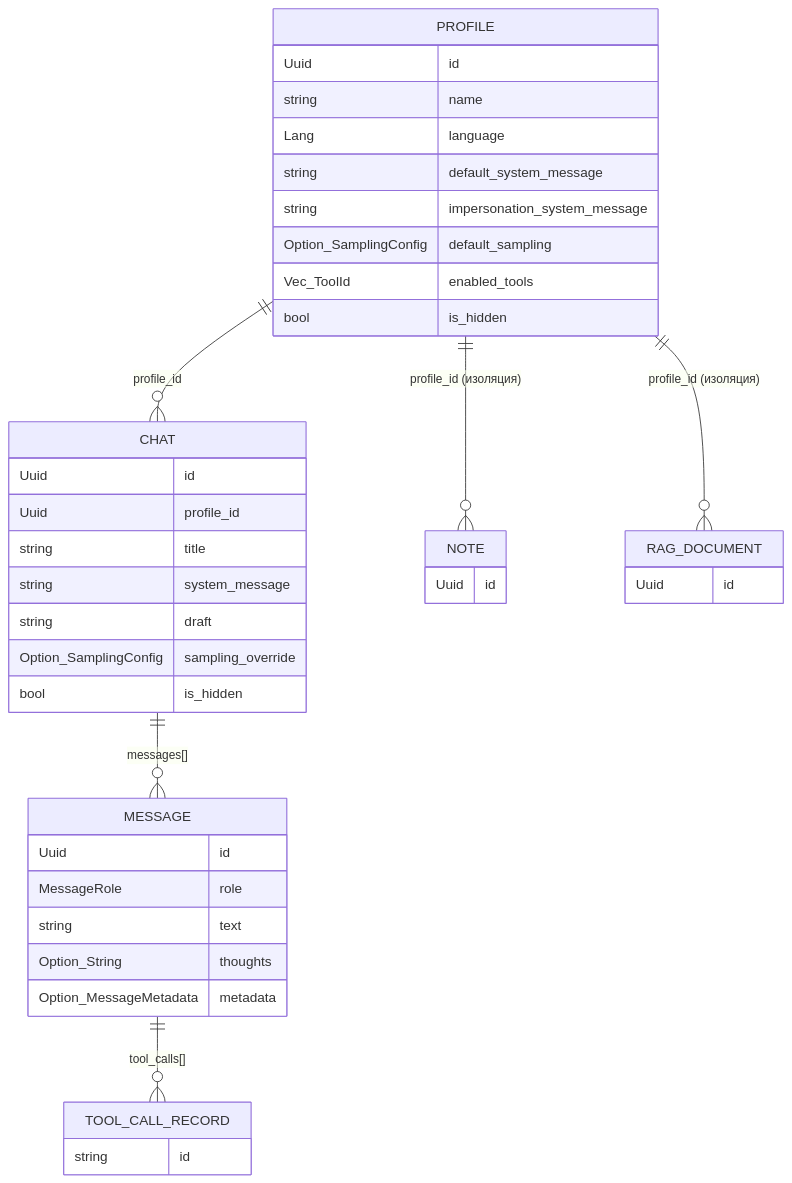
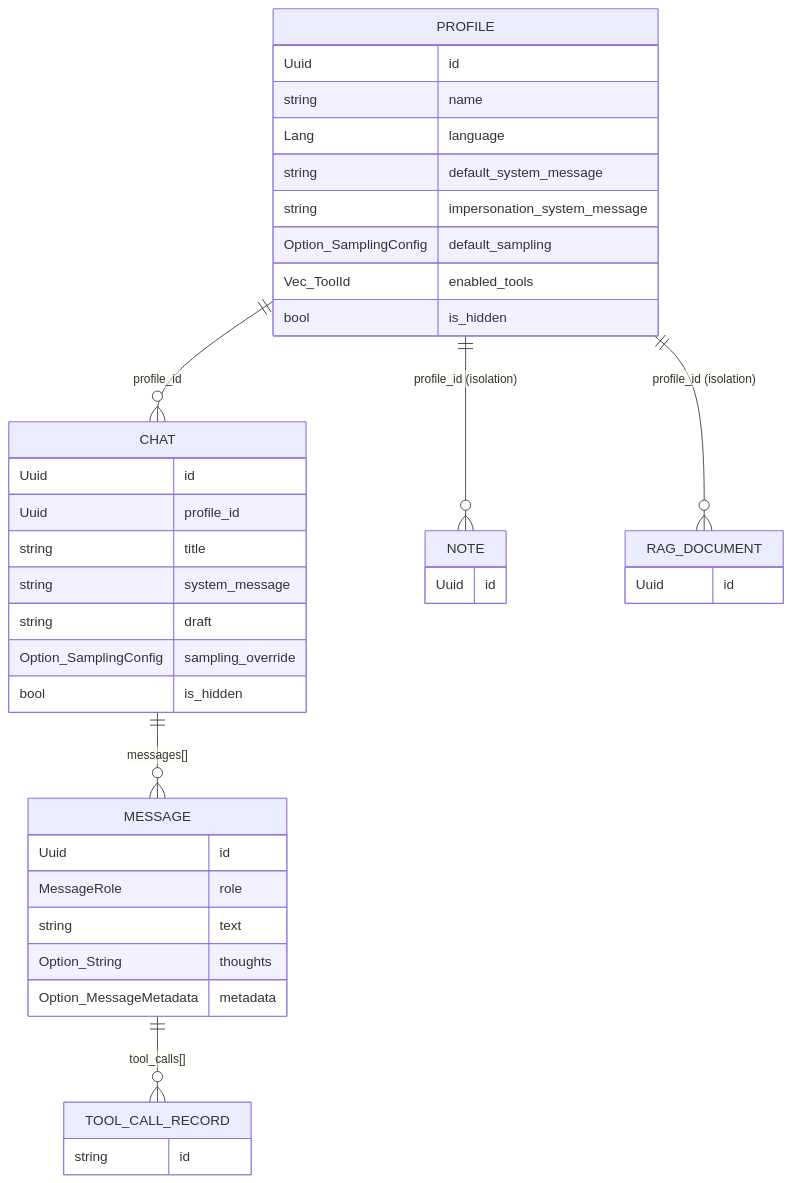
Before and after one commit to vshylov/mindfork-rs: the eighth of 17 diagrams in docs/architecture.md, drawn with Mermaid. The commit also changed other lines of this file and 18 other files, not shown here.

````diff
--- a/docs/architecture.md
+++ b/docs/architecture.md
@@ -719,38 +755,38 @@
 ```mermaid
 erDiagram
     PROFILE ||--o{ CHAT : "profile_id"
-    PROFILE ||--o{ NOTE : "profile_id (изоляция)"
-    PROFILE ||--o{ RAG_DOCUMENT : "profile_id (изоляция)"
+    PROFILE ||--o{ NOTE : "profile_id (isolation)"
+    PROFILE ||--o{ RAG_DOCUMENT : "profile_id (isolation)"
     CHAT ||--o{ MESSAGE : "messages[]"
     MESSAGE ||--o{ TOOL_CALL_RECORD : "tool_calls[]"
 
     PROFILE {
         Uuid id
         string name
         Lang language
         string default_system_message
         string impersonation_system_message
         Option_SamplingConfig default_sampling
         Vec_ToolId enabled_tools
         bool is_hidden
     }
     CHAT {
         Uuid id
         Uuid profile_id
         string title
         string system_message
         string draft
         Option_SamplingConfig sampling_override
         bool is_hidden
     }
     MESSAGE {
         Uuid id
         MessageRole role
         string text
         Option_String thoughts
         Option_MessageMetadata metadata
     }
     NOTE { Uuid id }
     RAG_DOCUMENT { Uuid id }
     TOOL_CALL_RECORD { string id }
 ```
````
